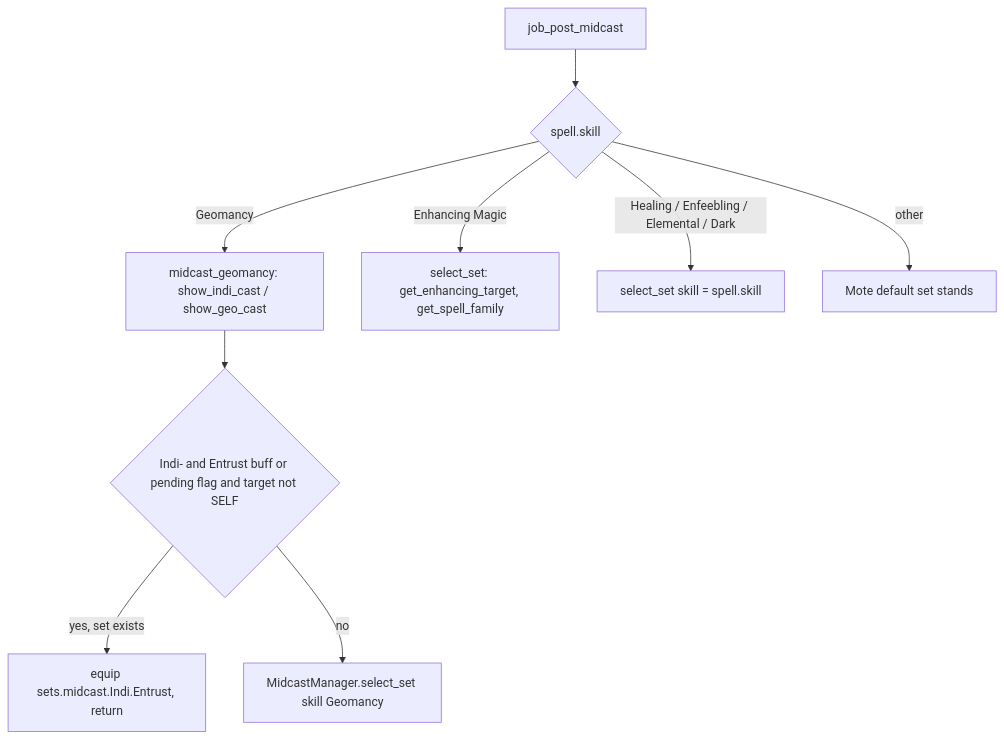
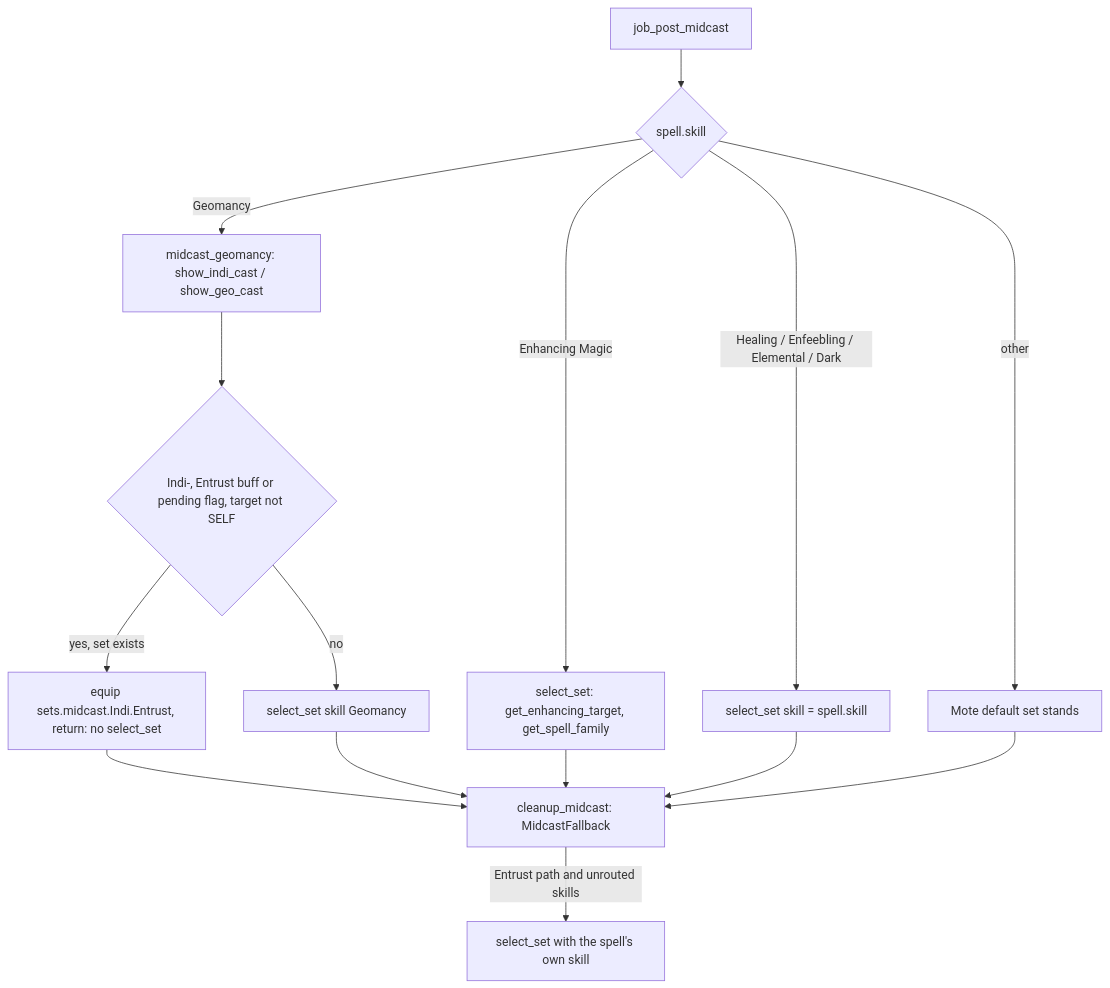
Before and after one commit to ejouanchicot/Gearswap: the third of 3 diagrams in docs/dev/jobs/geo.md, drawn with Mermaid. The commit also changed other lines of this file and 31 other files, not shown here.

````diff
--- a/docs/dev/jobs/geo.md
+++ b/docs/dev/jobs/geo.md
@@ -150,11 +186,17 @@
 ```mermaid
 flowchart TD
     A[job_post_midcast] --> G{spell.skill}
     G -- Geomancy --> M[midcast_geomancy: show_indi_cast / show_geo_cast]
-    M --> E{Indi- and Entrust buff or pending flag and target not SELF}
-    E -- yes, set exists --> S[equip sets.midcast.Indi.Entrust, return]
-    E -- no --> MM[MidcastManager.select_set skill Geomancy]
+    M --> E{Indi-, Entrust buff or pending flag, target not SELF}
+    E -- yes, set exists --> S[equip sets.midcast.Indi.Entrust, return: no select_set]
+    E -- no --> MM[select_set skill Geomancy]
     G -- Enhancing Magic --> EN[select_set: get_enhancing_target, get_spell_family]
     G -- Healing / Enfeebling / Elemental / Dark --> PL[select_set skill = spell.skill]
     G -- other --> Z[Mote default set stands]
+    S --> FB[cleanup_midcast: MidcastFallback]
+    MM --> FB
+    EN --> FB
+    PL --> FB
+    Z --> FB
+    FB -- Entrust path and unrouted skills --> R2[select_set with the spell's own skill]
 ```
````
